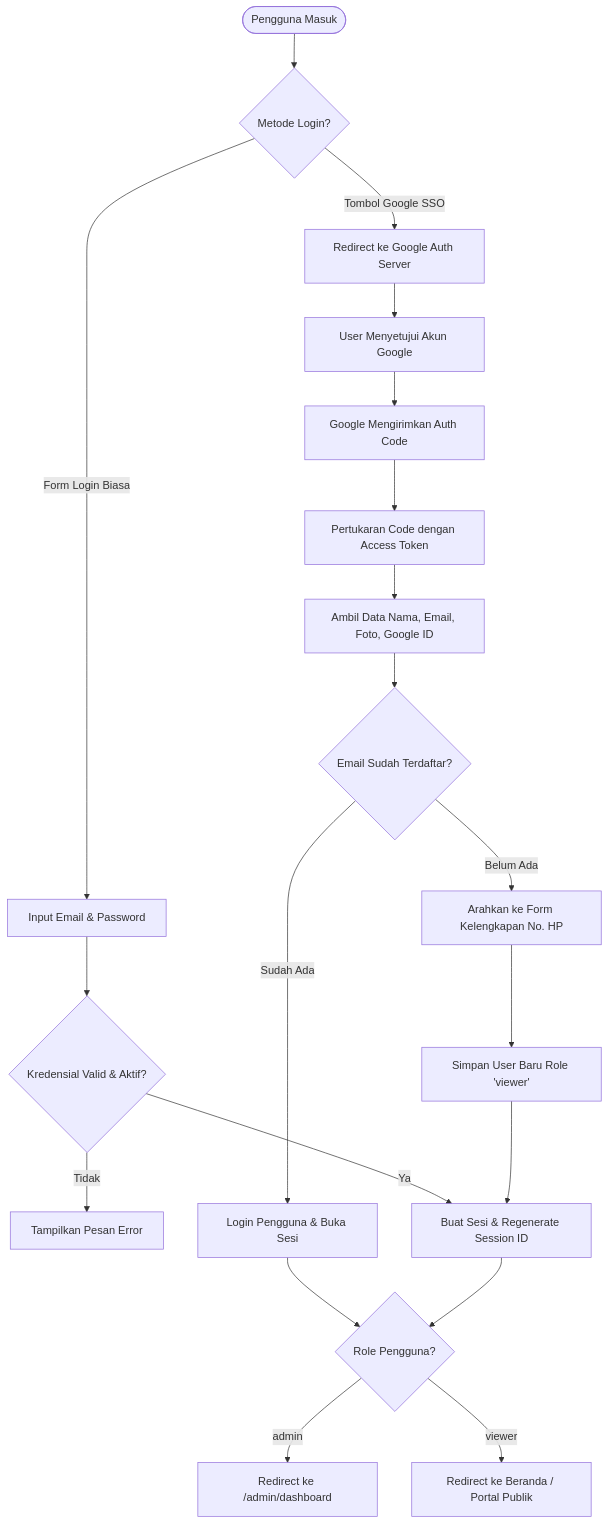
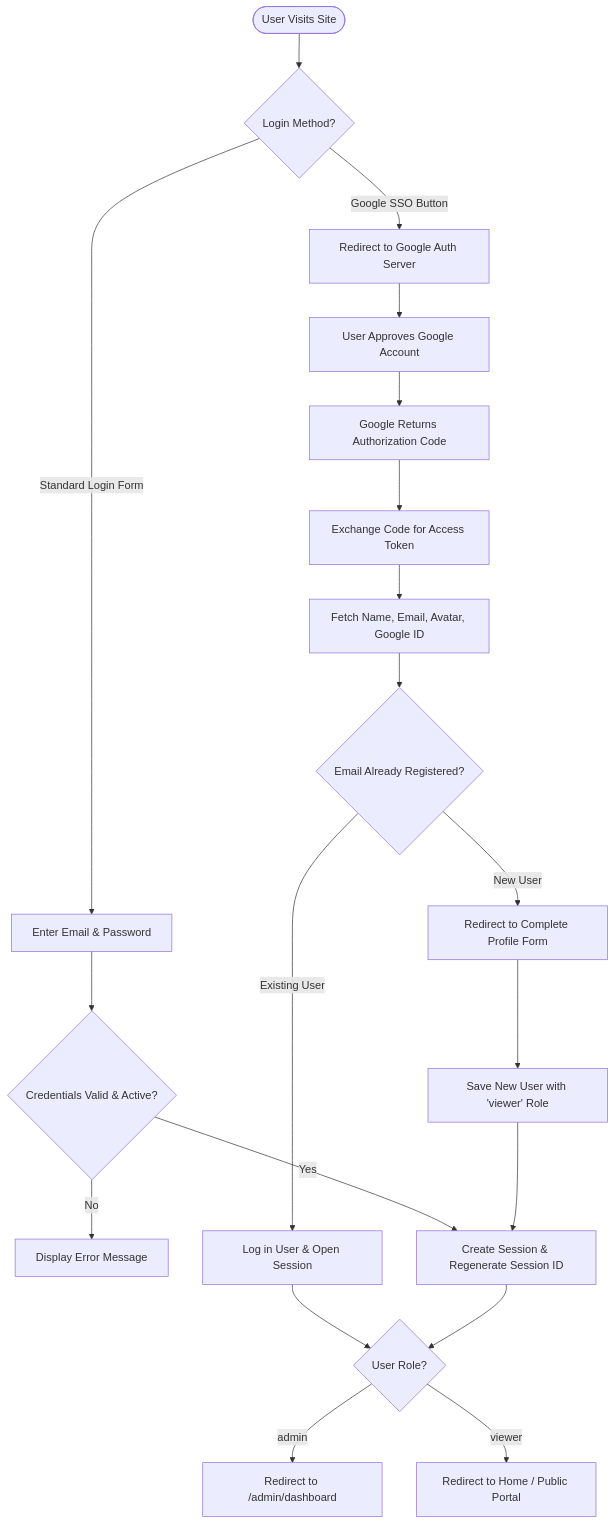
One commit to zan-ux/BLUD_SMKN2PURWAKARTA changed the diagram in document/auth.md. Above: the diagram before and after it, drawn with Mermaid. The commit also changed other lines of this file and 7 other files, not shown here.

Commit message:
modified:   README.md 	modified:   document/README.md 	modified:   document/api.md 	modified:   document/architecture.md 	modified:   document/auth.md 	modified:   document/database.md 	modified:   document/features.md 	modified:   document/setup.md

````diff
--- a/document/auth.md
+++ b/document/auth.md
@@ -13,30 +13,30 @@
 ```mermaid
 graph TD
-    Start([Pengguna Masuk]) --> Choice{Metode Login?}
+    Start([User Visits Site]) --> Choice{Login Method?}
     
-    %% Alur Tradisional
-    Choice -->|Form Login Biasa| TradLogin[Input Email & Password]
-    TradLogin --> VerifyHash{Kredensial Valid & Aktif?}
-    VerifyHash -->|Tidak| FailLogin[Tampilkan Pesan Error]
-    VerifyHash -->|Ya| StartSession[Buat Sesi & Regenerate Session ID]
+    %% Traditional Flow
+    Choice -->|Standard Login Form| TradLogin[Enter Email & Password]
+    TradLogin --> VerifyHash{Credentials Valid & Active?}
+    VerifyHash -->|No| FailLogin[Display Error Message]
+    VerifyHash -->|Yes| StartSession[Create Session & Regenerate Session ID]
 
-    %% Alur Google SSO
-    Choice -->|Tombol Google SSO| GoogleRedirect[Redirect ke Google Auth Server]
-    GoogleRedirect --> GoogleConsent[User Menyetujui Akun Google]
-    GoogleConsent --> GoogleCallback[Google Mengirimkan Auth Code]
-    GoogleCallback --> TokenExchange[Pertukaran Code dengan Access Token]
-    TokenExchange --> FetchProfile[Ambil Data Nama, Email, Foto, Google ID]
-    FetchProfile --> CheckExist{Email Sudah Terdaftar?}
+    %% Google SSO Flow
+    Choice -->|Google SSO Button| GoogleRedirect[Redirect to Google Auth Server]
+    GoogleRedirect --> GoogleConsent[User Approves Google Account]
+    GoogleConsent --> GoogleCallback[Google Returns Authorization Code]
+    GoogleCallback --> TokenExchange[Exchange Code for Access Token]
+    TokenExchange --> FetchProfile[Fetch Name, Email, Avatar, Google ID]
+    FetchProfile --> CheckExist{Email Already Registered?}
     
-    CheckExist -->|Sudah Ada| AutoLogin[Login Pengguna & Buka Sesi]
-    CheckExist -->|Belum Ada| CompleteForm[Arahkan ke Form Kelengkapan No. HP]
-    CompleteForm --> SaveNewUser[Simpan User Baru Role 'viewer']
+    CheckExist -->|Existing User| AutoLogin[Log in User & Open Session]
+    CheckExist -->|New User| CompleteForm[Redirect to Complete Profile Form]
+    CompleteForm --> SaveNewUser[Save New User with 'viewer' Role]
     SaveNewUser --> StartSession
 
-    %% Penentuan Hak Akses
-    AutoLogin --> CheckRole{Role Pengguna?}
+    %% Role-Based Routing
+    AutoLogin --> CheckRole{User Role?}
     StartSession --> CheckRole
     
-    CheckRole -->|admin| AdminArea[Redirect ke /admin/dashboard]
-    CheckRole -->|viewer| PublicArea[Redirect ke Beranda / Portal Publik]
+    CheckRole -->|admin| AdminArea[Redirect to /admin/dashboard]
+    CheckRole -->|viewer| PublicArea[Redirect to Home / Public Portal]
 ```
````
